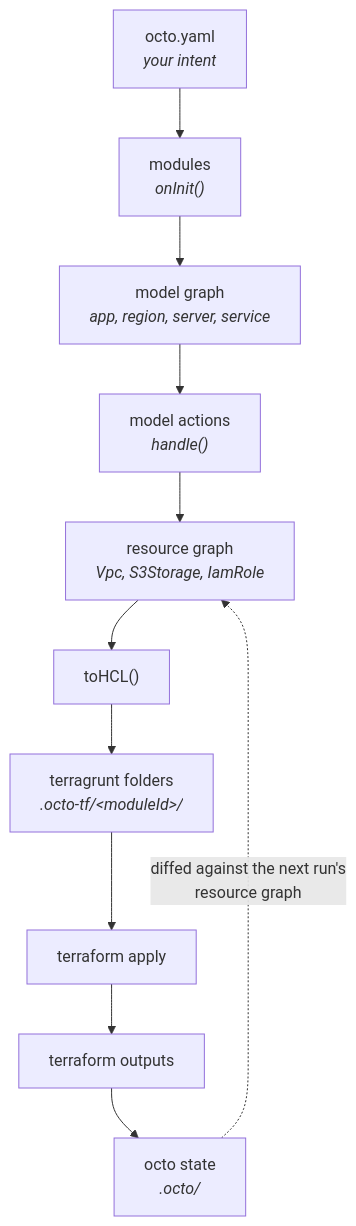
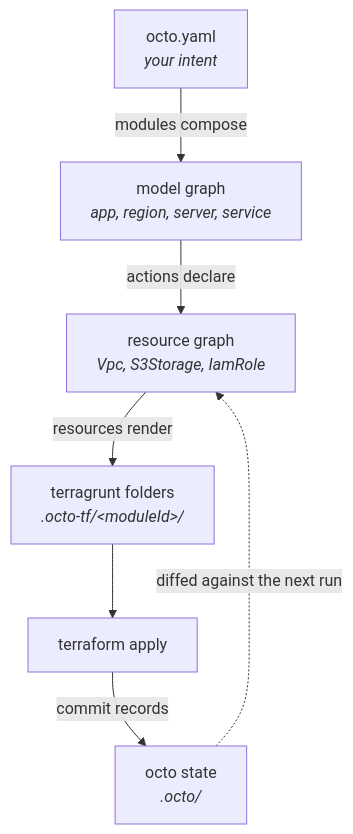
The diagram in apps/octo-docs/docs/fundamentals/how-octo-works.mdx (quadnix/octo), drawn with Mermaid before and after one commit. The commit also changed other lines of this file and 22 other files, not shown here.

````diff
--- a/apps/octo-docs/docs/fundamentals/how-octo-works.mdx
+++ b/apps/octo-docs/docs/fundamentals/how-octo-works.mdx
@@ -17,24 +13,16 @@
 ```mermaid
 graph TD
 ;
     yaml["octo.yaml<br/><i>your intent</i>"];
-    modules["modules<br/><i>onInit()</i>"];
     models["model graph<br/><i>app, region, server, service</i>"];
-    modelActions["model actions<br/><i>handle()</i>"];
     resources["resource graph<br/><i>Vpc, S3Storage, IamRole</i>"];
-    tohcl["toHCL()"];
     folders["terragrunt folders<br/><i>.octo-tf/&lt;moduleId&gt;/</i>"];
     tf["terraform apply"];
-    outputs["terraform outputs"];
     state["octo state<br/><i>.octo/</i>"];
-    yaml --> modules;
-    modules --> models;
-    models --> modelActions;
-    modelActions --> resources;
-    resources --> tohcl;
-    tohcl --> folders;
+    yaml -->|" modules compose "| models;
+    models -->|" actions declare "| resources;
+    resources -->|" resources render "| folders;
     folders --> tf;
-    tf --> outputs;
-    outputs --> state;
-    state -.->|" diffed against the next run's<br/>resource graph "| resources;
+    tf -->|" commit records "| state;
+    state -.->|" diffed against the next run "| resources;
 ```
````
